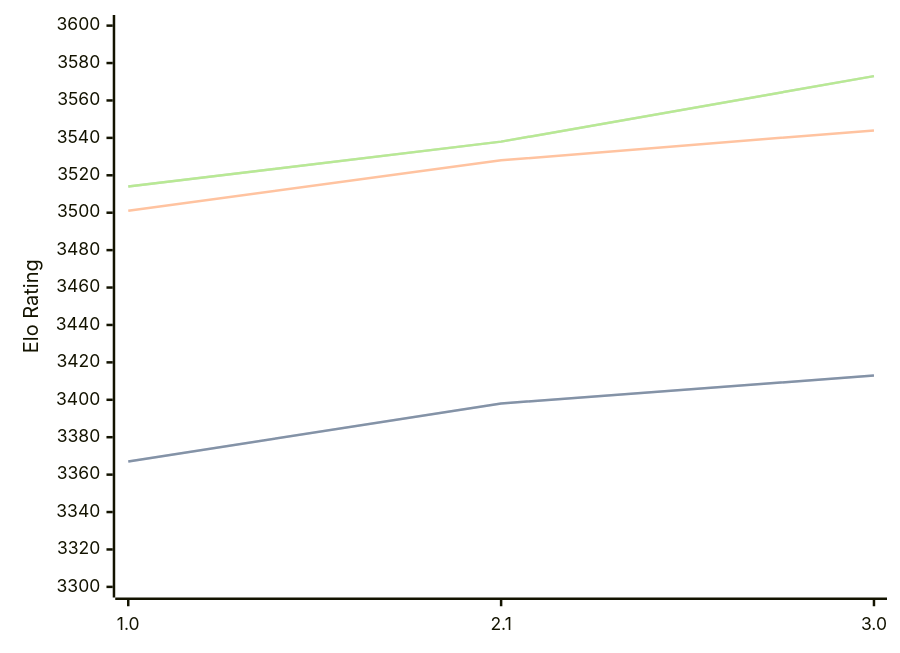
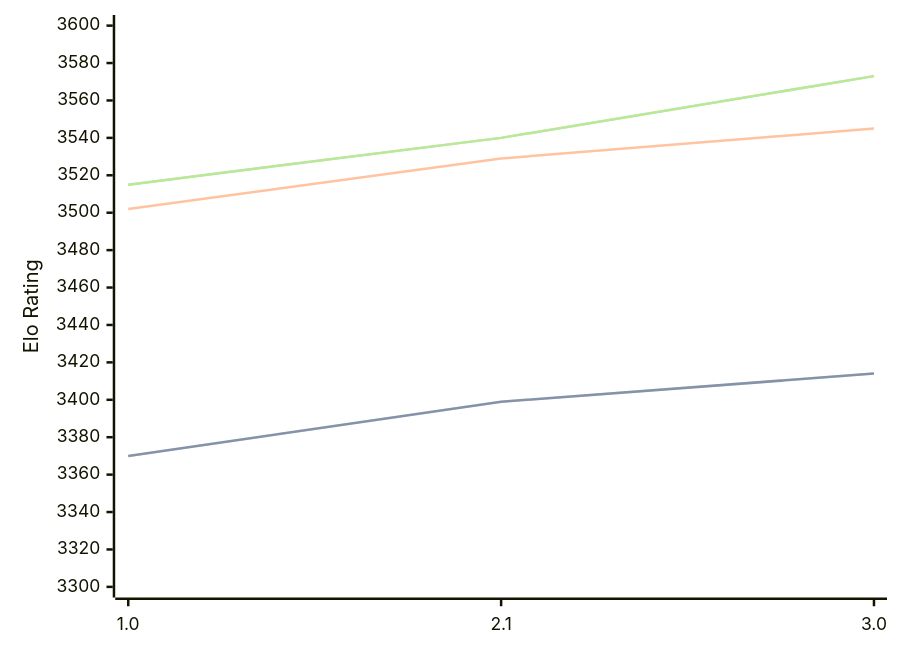
Before and after one commit to computer-chess-index/cci: the diagram in engines/Hobbes.md, drawn with Mermaid. The commit also changed other lines of this file, not shown here.

Commit message:
Update CCI Ratings (ELO VLTC) - 2026-08-22

````diff
--- a/engines/Hobbes.md
+++ b/engines/Hobbes.md
@@ -33,11 +33,11 @@
 ```mermaid
 %%{init: {"theme":"base","themeVariables":{"seriesColors:['#a3a3a3','#222221','#faa371']}}}%%
 xychart-beta
   x-axis ["1.0", "2.1", "3.0"]
   y-axis "Elo Rating" 3300 --> 3600
-  line "STC (8.0+0.08s)" [3367, 3398, 3413]
-  line "STC (8.0+0.08s)" [3367, 3398, 3413]
-  line "LTC (60.0+0.60s)" [3501, 3528, 3544]
-  line "VLTC (2m24s+1.12s)" [3514, 3538, 3573]
-  line "VLTC (2m24s+1.12s)" [3514, 3538, 3573]
+  line "STC (8.0+0.08s)" [3370, 3399, 3414]
+  line "STC (8.0+0.08s)" [3370, 3399, 3414]
+  line "LTC (60.0+0.60s)" [3502, 3529, 3545]
+  line "VLTC (2m24s+1.12s)" [3515, 3540, 3573]
+  line "VLTC (2m24s+1.12s)" [3515, 3540, 3573]
 ```
````
